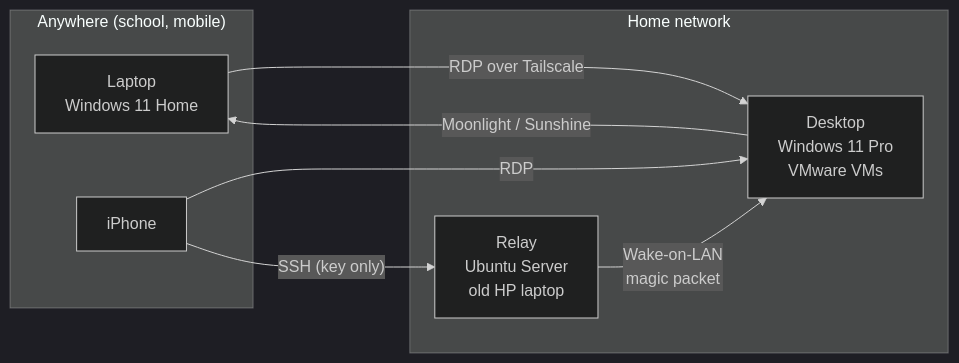
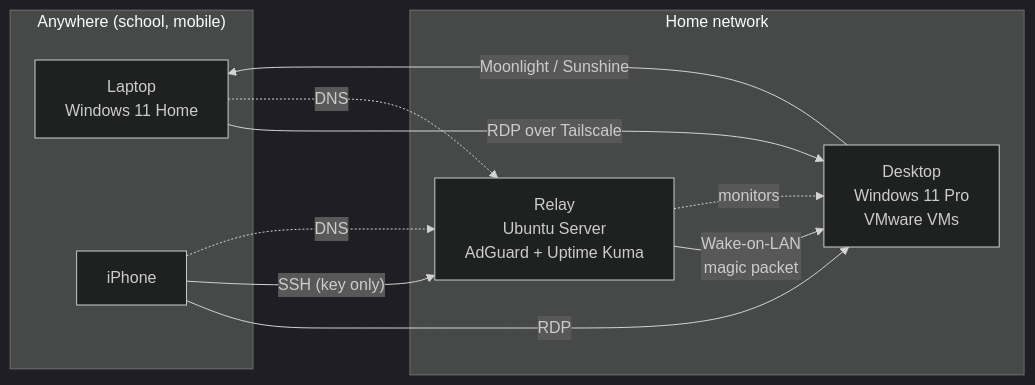
The diagram in README.md (Kiropy/homelab), drawn with Mermaid (dark theme) before and after one commit. The commit also changed other lines of this file, not shown here.

Commit message:
Add part 4: DNS filtering and monitoring

````diff
--- a/README.md
+++ b/README.md
@@ -18,18 +18,21 @@
 ```mermaid
 flowchart LR
     subgraph Remote["Anywhere (school, mobile)"]
         L[Laptop<br/>Windows 11 Home]
         P[iPhone]
     end
 
     subgraph Home["Home network"]
         D[Desktop<br/>Windows 11 Pro<br/>VMware VMs]
-        R[Relay<br/>Ubuntu Server<br/>old HP laptop]
+        R[Relay<br/>Ubuntu Server<br/>AdGuard + Uptime Kuma]
     end
 
     L -- "RDP over Tailscale" --> D
     D -- "Moonlight / Sunshine" --> L
     P -- "RDP" --> D
     P -- "SSH (key only)" --> R
     R -- "Wake-on-LAN<br/>magic packet" --> D
+    L -. "DNS" .-> R
+    P -. "DNS" .-> R
+    R -. "monitors" .-> D
 ```
````
